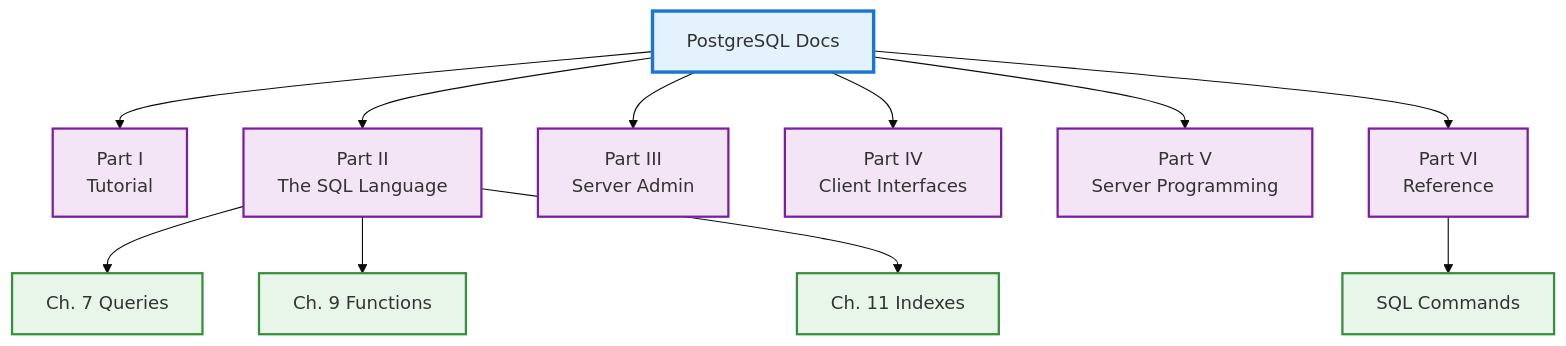
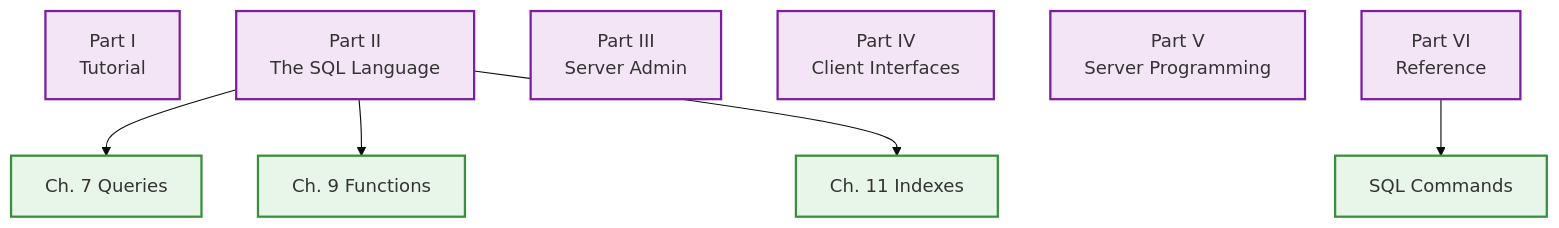
The third of 3 diagrams in lecture-outlines/day10-sql-ddl-select/slides.md (ufdatastudio/cop5725fa26), drawn with Mermaid (base theme) before and after one commit. The commit also changed other lines of this file and 50 other files, not shown here.

````diff
--- a/lecture-outlines/day10-sql-ddl-select/slides.md
+++ b/lecture-outlines/day10-sql-ddl-select/slides.md
@@ -134,20 +132,17 @@
 ```mermaid
 graph TB
-  D["PostgreSQL Docs"]
-  D --> P1["Part I<br/>Tutorial"]
-  D --> P2["Part II<br/>The SQL Language"]
-  D --> P3["Part III<br/>Server Admin"]
-  D --> P4["Part IV<br/>Client Interfaces"]
-  D --> P5["Part V<br/>Server Programming"]
-  D --> P6["Part VI<br/>Reference"]
+  P1["Part I<br/>Tutorial"]
+  P2["Part II<br/>The SQL Language"]
+  P3["Part III<br/>Server Admin"]
+  P4["Part IV<br/>Client Interfaces"]
+  P5["Part V<br/>Server Programming"]
+  P6["Part VI<br/>Reference"]
   P2 --> Q["Ch. 7 Queries"]
   P2 --> F["Ch. 9 Functions"]
   P2 --> I["Ch. 11 Indexes"]
   P6 --> SQL["SQL Commands"]
-  classDef root fill:#e3f2fd,stroke:#1976d2,stroke-width:3px
   classDef part fill:#f3e5f5,stroke:#7b1fa2,stroke-width:2px
   classDef chap fill:#e8f5e9,stroke:#388e3c,stroke-width:2px
-  class D root
   class P1,P2,P3,P4,P5,P6 part
   class Q,F,I,SQL chap
 ```
````
